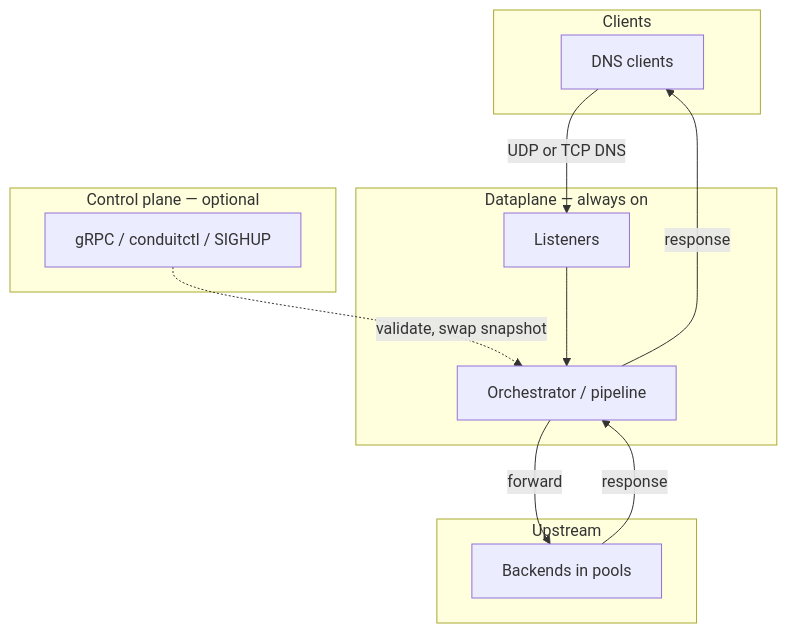
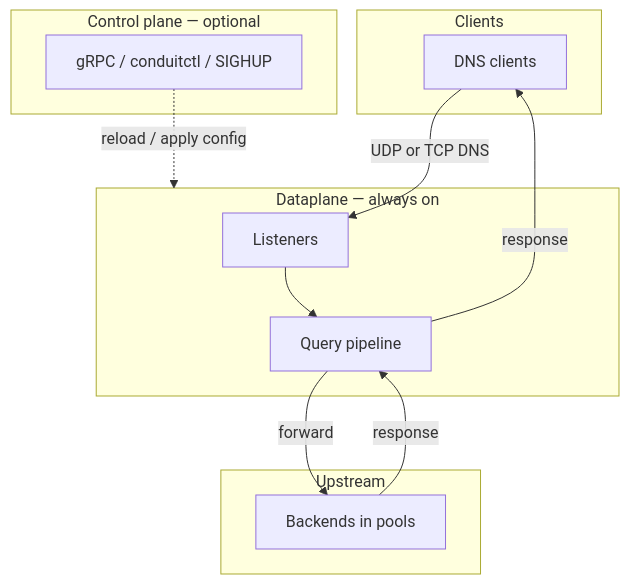
Before and after one commit to egon1024/DNSConduit: the first of 4 diagrams in operator-docs/docs/concepts/architecture-and-packet-path.md, drawn with Mermaid. The commit also changed other lines of this file and 1 other file, not shown here.

Commit message:
Additional work on architecture doc

````diff
--- a/operator-docs/docs/concepts/architecture-and-packet-path.md
+++ b/operator-docs/docs/concepts/architecture-and-packet-path.md
@@ -18,26 +18,26 @@
 ```mermaid
 flowchart TB
   subgraph clients [Clients]
     C[DNS clients]
   end
 
   subgraph dataplane [Dataplane — always on]
     L[Listeners]
-    O[Orchestrator / pipeline]
+    O[Query pipeline]
     L --> O
   end
 
   subgraph upstream [Upstream]
     B[Backends in pools]
   end
 
   subgraph control [Control plane — optional]
     CP[gRPC / conduitctl / SIGHUP]
   end
 
   C -->|UDP or TCP DNS| L
   O -->|forward| B
   B -->|response| O
   O -->|response| C
-  CP -.->|validate, swap snapshot| O
+  CP -.->|reload / apply config| dataplane
 ```
````
